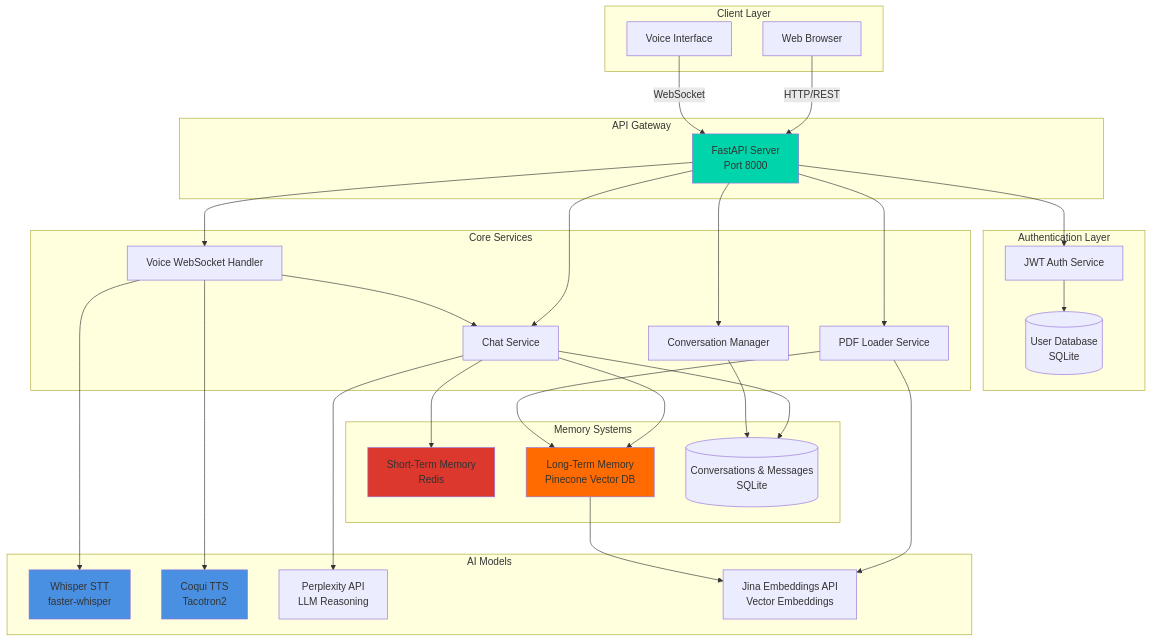
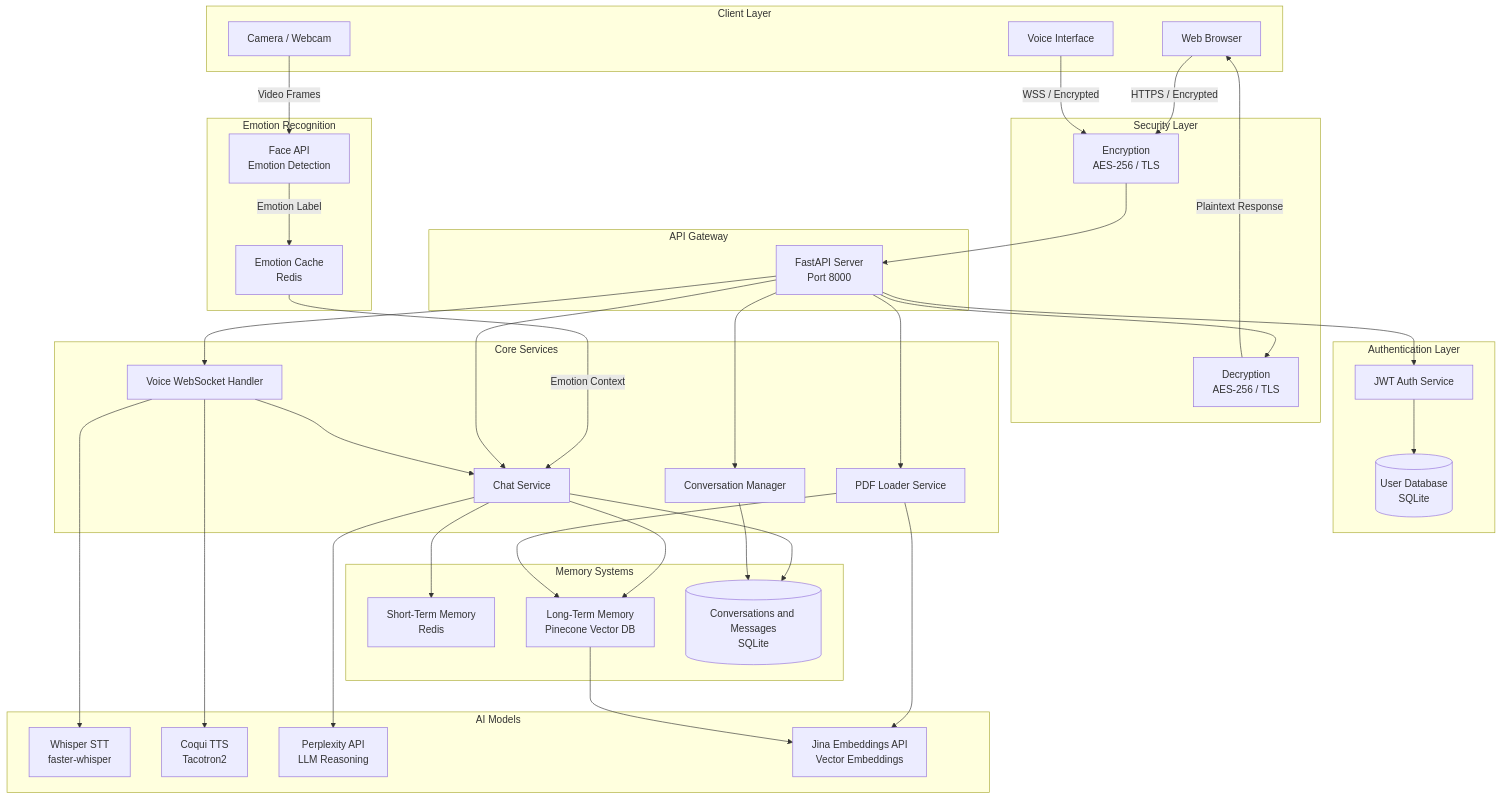
The first of 18 diagrams in RESEARCH.md (Shashwat-Akhilesh-Shukla/Cognitive-AI), drawn with Mermaid before and after one commit. The commit also changed other lines of this file and 4 other files, not shown here.

````diff
--- a/RESEARCH.md
+++ b/RESEARCH.md
@@ -74,68 +74,80 @@
 ```mermaid
 graph TB
     subgraph "Client Layer"
         WEB[Web Browser]
         VOICE[Voice Interface]
+        CAMERA[Camera / Webcam]
     end
-    
+
+    subgraph "Security Layer"
+        ENCRYPT[Encryption<br/>AES-256 / TLS]
+        DECRYPT[Decryption<br/>AES-256 / TLS]
+    end
+
     subgraph "API Gateway"
         FASTAPI[FastAPI Server<br/>Port 8000]
     end
-    
+
     subgraph "Authentication Layer"
         JWT[JWT Auth Service]
         AUTH_DB[(User Database<br/>SQLite)]
     end
-    
+
+    subgraph "Emotion Recognition"
+        FACE_API[Face API<br/>Emotion Detection]
+        EMOTION_CACHE[Emotion Cache<br/>Redis]
+    end
+
     subgraph "Core Services"
         CHAT[Chat Service]
         VOICE_WS[Voice WebSocket Handler]
         PDF[PDF Loader Service]
         CONV[Conversation Manager]
     end
-    
+
     subgraph "Memory Systems"
         STM[Short-Term Memory<br/>Redis]
         LTM[Long-Term Memory<br/>Pinecone Vector DB]
-        CONV_DB[(Conversations & Messages<br/>SQLite)]
+        CONV_DB[(Conversations and Messages<br/>SQLite)]
     end
-    
+
     subgraph "AI Models"
         WHISPER[Whisper STT<br/>faster-whisper]
         COQUI[Coqui TTS<br/>Tacotron2]
         PERPLEXITY[Perplexity API<br/>LLM Reasoning]
         JINA[Jina Embeddings API<br/>Vector Embeddings]
     end
-    
-    WEB -->|HTTP/REST| FASTAPI
-    VOICE -->|WebSocket| FASTAPI
-    
+
+    WEB -->|HTTPS / Encrypted| ENCRYPT
+    VOICE -->|WSS / Encrypted| ENCRYPT
+    CAMERA -->|Video Frames| FACE_API
+    ENCRYPT --> FASTAPI
+    FASTAPI --> DECRYPT
+    DECRYPT -->|Plaintext Response| WEB
+
     FASTAPI --> JWT
     JWT --> AUTH_DB
-    
+
+    FACE_API -->|Emotion Label| EMOTION_CACHE
+    EMOTION_CACHE -->|Emotion Context| CHAT
+
     FASTAPI --> CHAT
     FASTAPI --> VOICE_WS
     FASTAPI --> PDF
     FASTAPI --> CONV
-    
+
     CHAT --> STM
     CHAT --> LTM
     CHAT --> CONV_DB
     CHAT --> PERPLEXITY
-    
+
     VOICE_WS --> WHISPER
     VOICE_WS --> COQUI
     VOICE_WS --> CHAT
-    
+
     PDF --> LTM
     PDF --> JINA
-    
+
     LTM --> JINA
     CONV --> CONV_DB
-    
-    style FASTAPI fill:#00d4aa
-    style STM fill:#dc382d
-    style LTM fill:#ff6b00
-    style WHISPER fill:#4a90e2
-    style COQUI fill:#4a90e2
 ```
````
